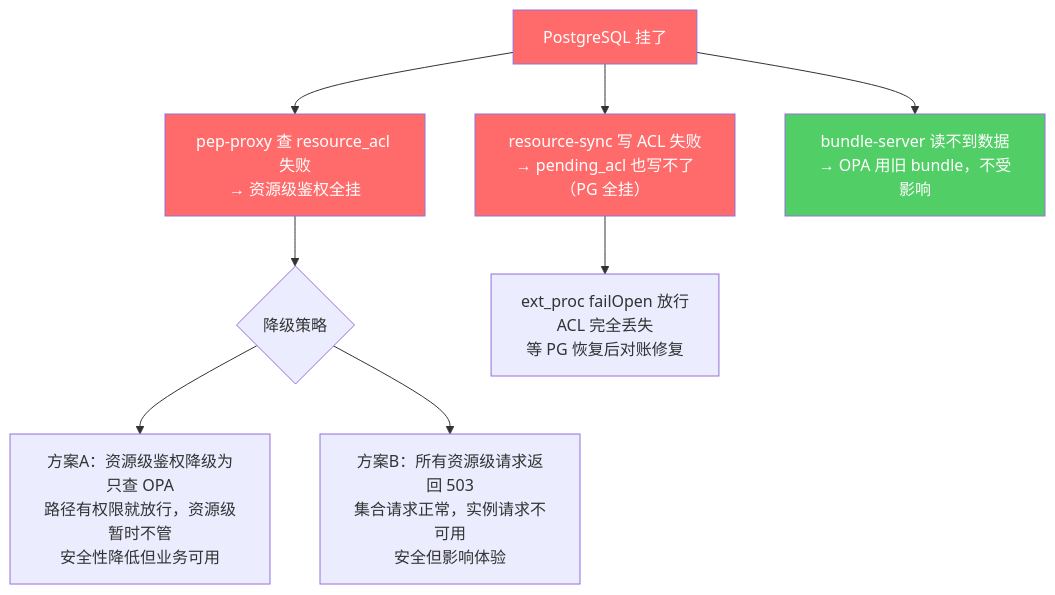
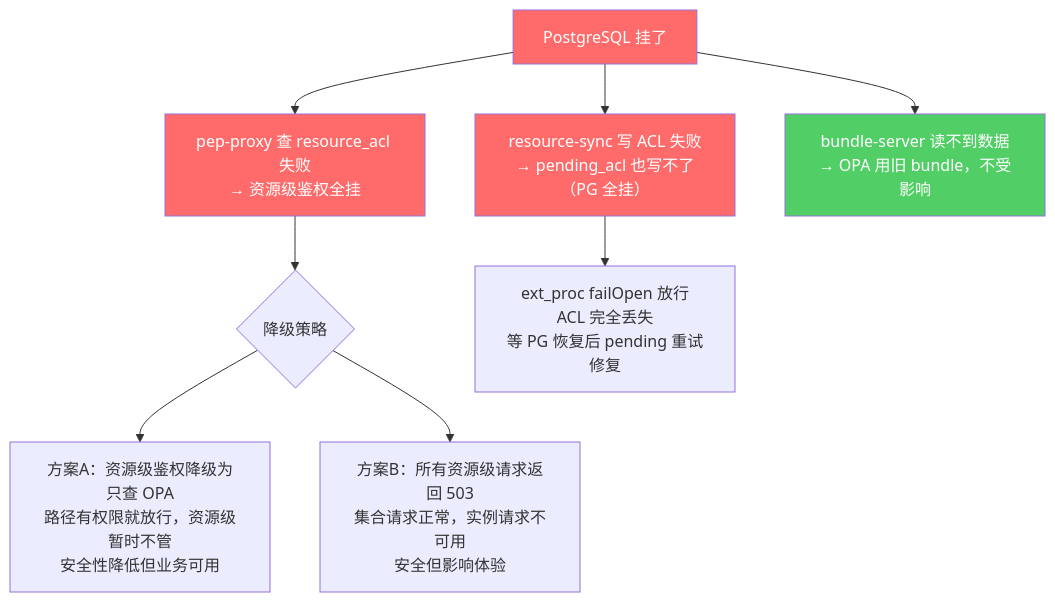
Before and after one commit to xiewanchao/aidp-iam: the fifth of 14 diagrams in diagrams/failure-scenarios.md, drawn with Mermaid. The commit also changed other lines of this file and 43 other files, not shown here.

First line of the commit message:
feat: IAM v2.0 - groups model, resource ACL, ext_proc, API Key auth

````diff
--- a/diagrams/failure-scenarios.md
+++ b/diagrams/failure-scenarios.md
@@ -238,17 +227,17 @@
 ```mermaid
 flowchart TD
     PG_DOWN["PostgreSQL 挂了"] --> IMPACT1["pep-proxy 查 resource_acl 失败<br/>→ 资源级鉴权全挂"]
     PG_DOWN --> IMPACT2["resource-sync 写 ACL 失败<br/>→ pending_acl 也写不了（PG 全挂）"]
     PG_DOWN --> IMPACT3["bundle-server 读不到数据<br/>→ OPA 用旧 bundle，不受影响"]
 
     IMPACT1 --> STRATEGY1{"降级策略"}
     STRATEGY1 --> OPT1["方案A：资源级鉴权降级为只查 OPA<br/>路径有权限就放行，资源级暂时不管<br/>安全性降低但业务可用"]
     STRATEGY1 --> OPT2["方案B：所有资源级请求返回 503<br/>集合请求正常，实例请求不可用<br/>安全但影响体验"]
 
-    IMPACT2 --> QUEUE["ext_proc failOpen 放行<br/>ACL 完全丢失<br/>等 PG 恢复后对账修复"]
+    IMPACT2 --> QUEUE["ext_proc failOpen 放行<br/>ACL 完全丢失<br/>等 PG 恢复后 pending 重试修复"]
 
     style PG_DOWN fill:#ff6b6b,color:#fff
     style IMPACT1 fill:#ff6b6b,color:#fff
     style IMPACT2 fill:#ff6b6b,color:#fff
     style IMPACT3 fill:#51cf66,color:#fff
 ```
````
